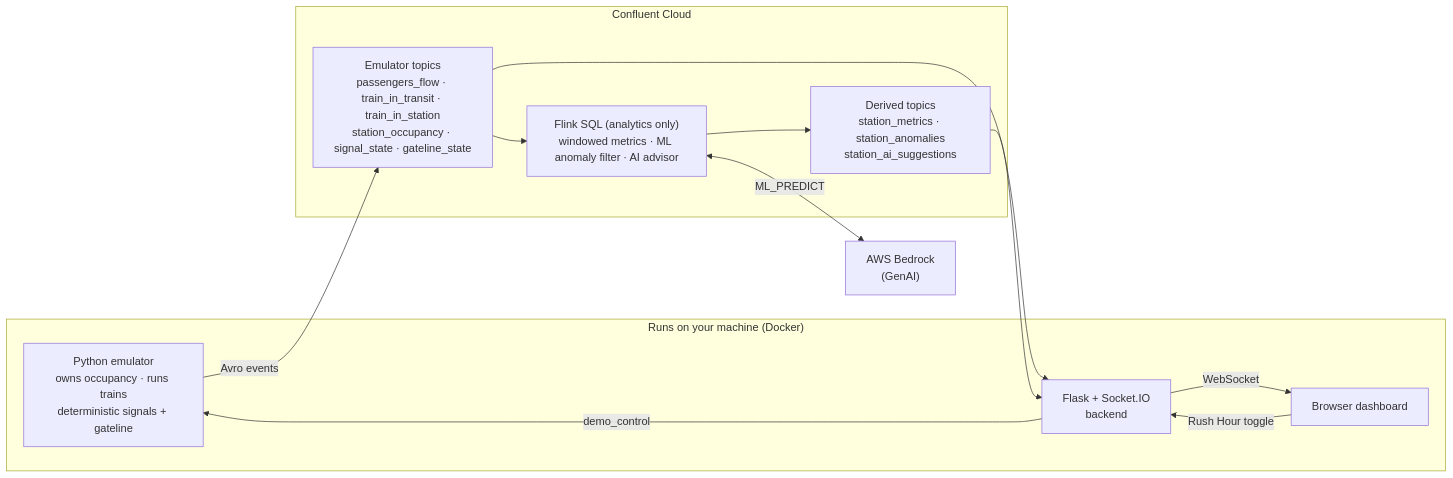
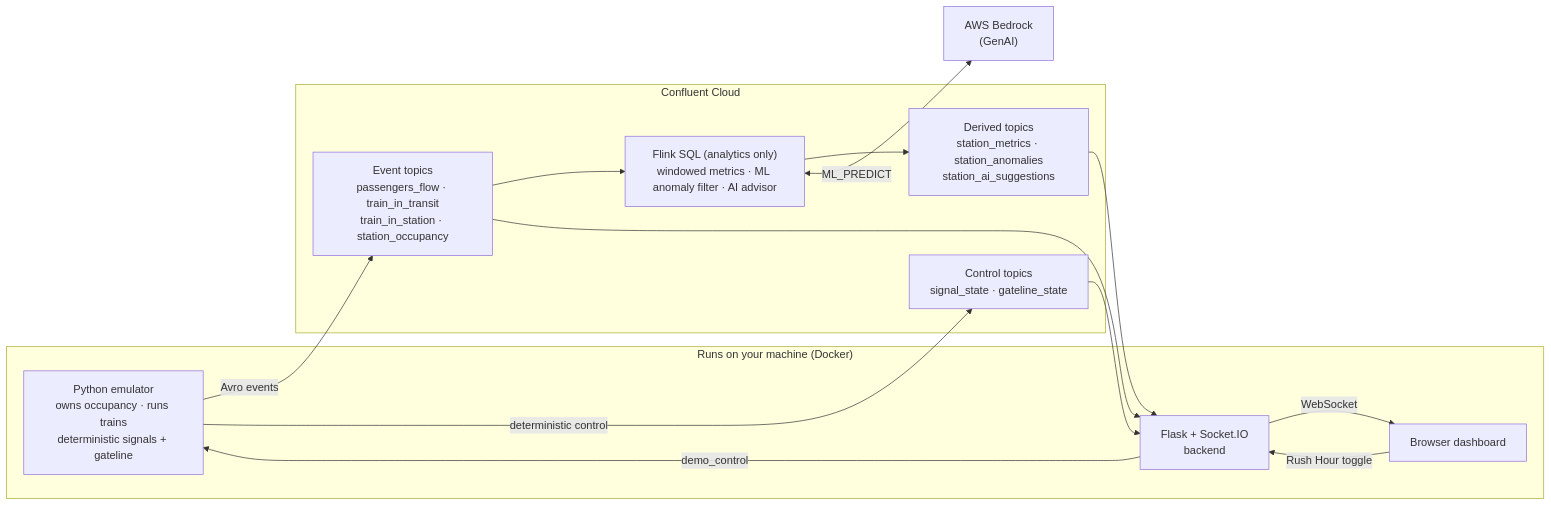
The first of 2 diagrams in README.md (ifnesi/cc-ai-tilley-station-demo), drawn with Mermaid before and after one commit. The commit also changed other lines of this file and 12 other files, not shown here.

````diff
--- a/README.md
+++ b/README.md
@@ -32,22 +32,27 @@
 ```mermaid
 flowchart LR
   subgraph local["Runs on your machine (Docker)"]
     EM["Python emulator<br/>owns occupancy · runs trains<br/>deterministic signals + gateline"]
     BE["Flask + Socket.IO<br/>backend"]
     UI["Browser dashboard"]
   end
 
   subgraph cloud["Confluent Cloud"]
-    RAW["Emulator topics<br/>passengers_flow · train_in_transit · train_in_station<br/>station_occupancy · signal_state · gateline_state"]
+    EVT["Event topics<br/>passengers_flow · train_in_transit<br/>train_in_station · station_occupancy"]
+    CTRL["Control topics<br/>signal_state · gateline_state"]
     FLINK["Flink SQL (analytics only)<br/>windowed metrics · ML anomaly filter · AI advisor"]
     DER["Derived topics<br/>station_metrics · station_anomalies<br/>station_ai_suggestions"]
   end
 
   BR["AWS Bedrock<br/>(GenAI)"]
 
-  EM -->|Avro events| RAW --> FLINK --> DER
+  BR ~~~ FLINK
+  EM -->|Avro events| EVT
+  EM -->|deterministic control| CTRL
+  EVT --> FLINK --> DER
   FLINK <-->|ML_PREDICT| BR
-  RAW --> BE
+  EVT --> BE
+  CTRL --> BE
   DER --> BE -->|WebSocket| UI
   UI -->|Rush Hour toggle| BE -->|demo_control| EM
 ```
````
